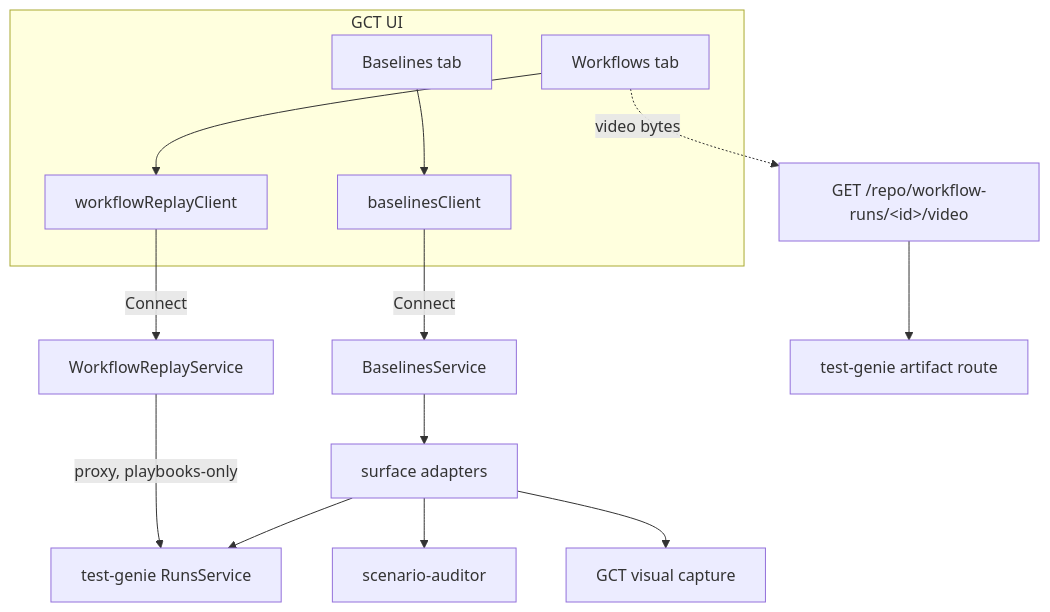
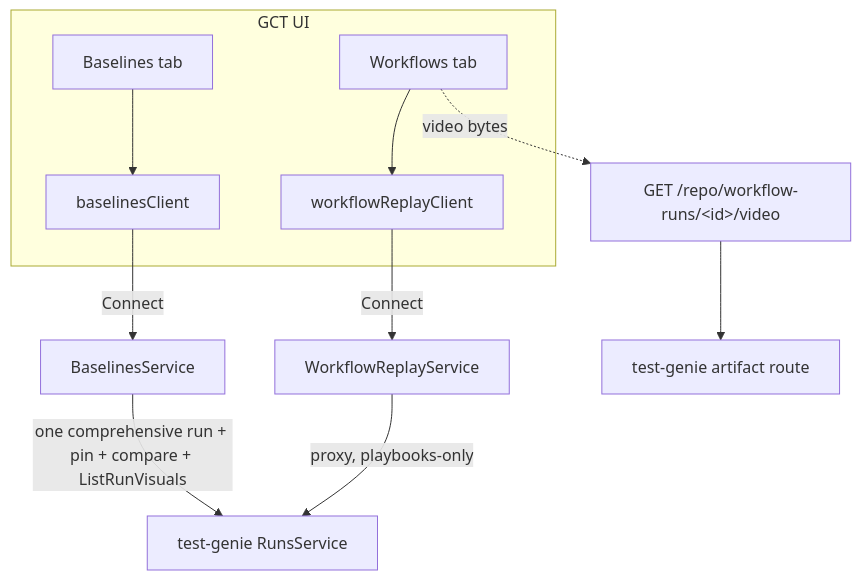
Before and after one commit to Vrooli/Vrooli: the second of 2 diagrams in scenarios/git-control-tower/docs/baseline-model.md, drawn with Mermaid. The commit also changed other lines of this file and 131 other files, not shown here.

````diff
--- a/scenarios/git-control-tower/docs/baseline-model.md
+++ b/scenarios/git-control-tower/docs/baseline-model.md
@@ -86,15 +103,12 @@
 ```mermaid
 flowchart TB
   subgraph UI [GCT UI]
     BT[Baselines tab] --> BC[baselinesClient]
     WT[Workflows tab] --> WC[workflowReplayClient]
   end
   BC -->|Connect| BSVC[BaselinesService]
   WC -->|Connect| WRS[WorkflowReplayService]
   WRS -->|proxy, playbooks-only| RUNS[test-genie RunsService]
-  BSVC --> ADP[surface adapters]
-  ADP --> RUNS
-  ADP --> AUD[scenario-auditor]
-  ADP --> VIS[GCT visual capture]
+  BSVC -->|one comprehensive run + pin + compare + ListRunVisuals| RUNS
   WT -. video bytes .-> VID[GET /repo/workflow-runs/&lt;id&gt;/video] --> TGART[test-genie artifact route]
 ```
````
